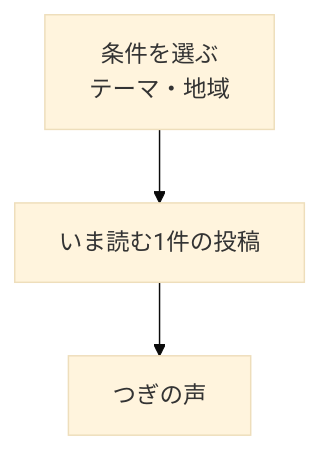
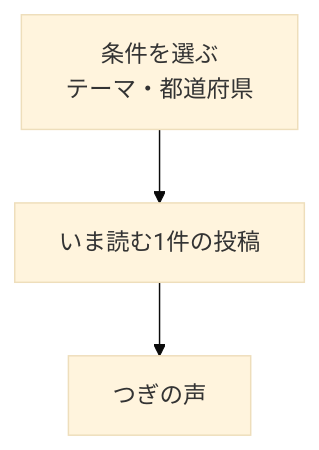
One commit to Digix00/58-Hackathon-202609 changed the diagram in docs/requirements/screens/feed.md. Above: the diagram before and after it, drawn with Mermaid (base theme). The commit also changed other lines of this file and 11 other files, not shown here.

````diff
--- a/docs/requirements/screens/feed.md
+++ b/docs/requirements/screens/feed.md
@@ -9,8 +9,8 @@
 ```mermaid
 flowchart TB
-  Filters["条件を選ぶ<br/>テーマ・地域"]
+  Filters["条件を選ぶ<br/>テーマ・都道府県"]
   Card["いま読む1件の投稿"]
   Next["つぎの声"]
 
   Filters --> Card --> Next
 ```
````
